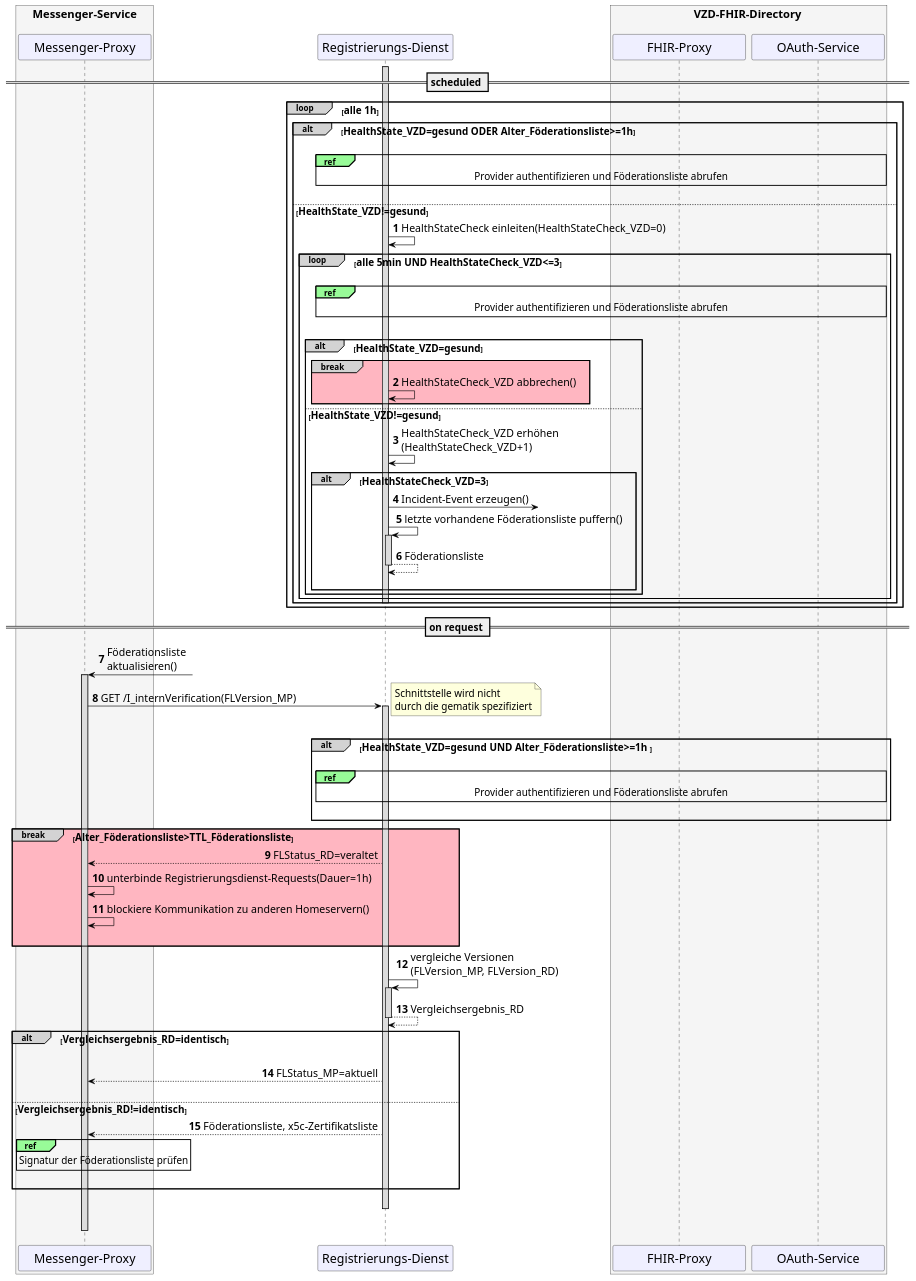
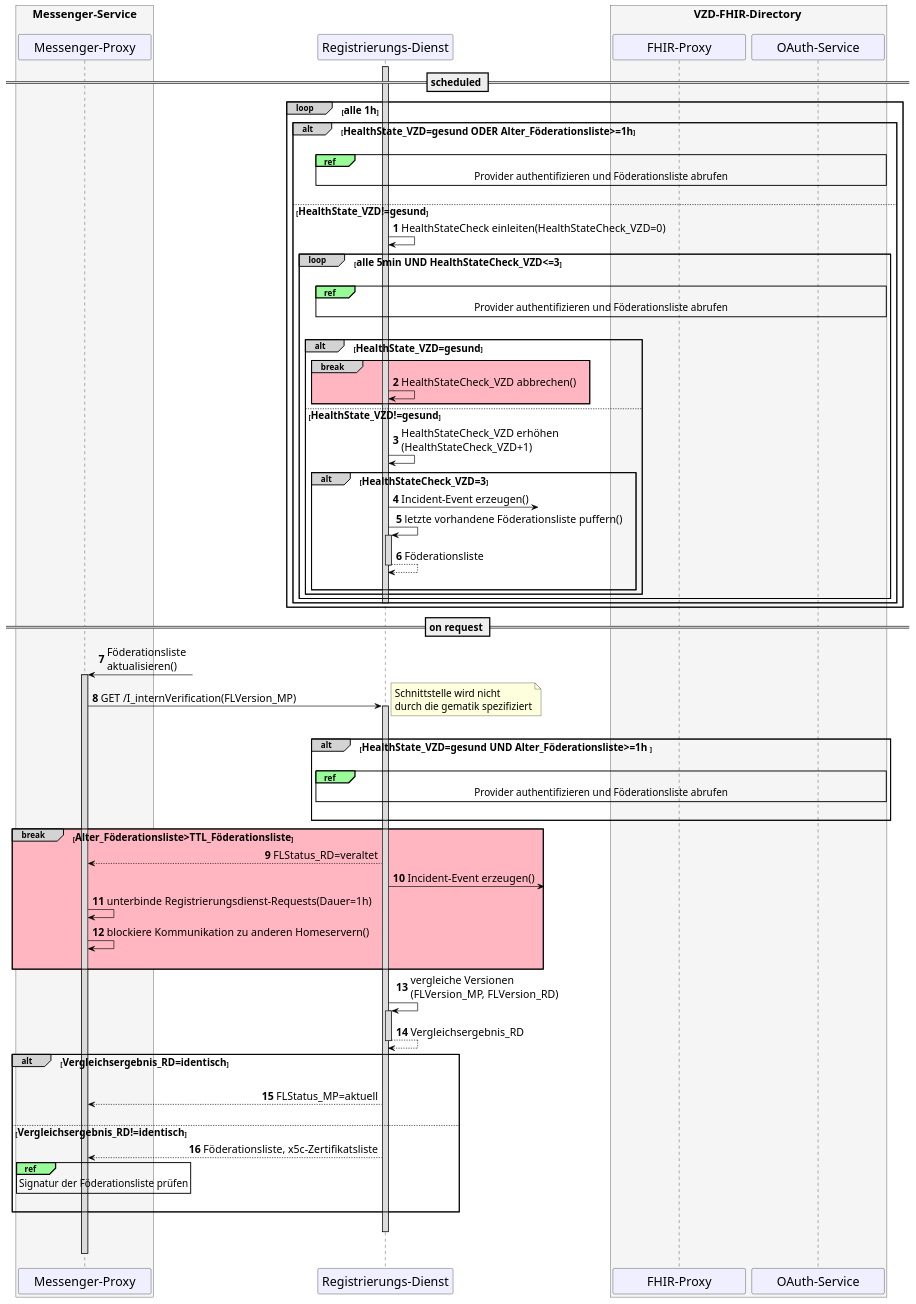
The diagram in src/plantuml/TI-Messenger-Dienst/Ressourcen/UC_Update_Federationlist_Seq.puml (gematik/api-ti-messenger), drawn with PlantUML before and after one commit.

Commit message:
Incident wird nun auch erzeugt, wenn FedList einfach nur veraltet ist, somit muss der RD nicht auf einzelne ResponseCodes reagieren

```diff
--- a/src/plantuml/TI-Messenger-Dienst/Ressourcen/UC_Update_Federationlist_Seq.puml
+++ b/src/plantuml/TI-Messenger-Dienst/Ressourcen/UC_Update_Federationlist_Seq.puml
@@ -9,123 +9,123 @@
 @startuml
 skinparam sequenceMessageAlign direction
 skinparam minClassWidth 200
 skinparam BoxPadding 1
 skinparam sequenceReferenceHeaderBackgroundColor palegreen
 scale max 2048 width
 
 skinparam sequence {
 ArrowColor black
 ArrowFontSize 17
 ActorBorderColor black
 LifeLineBorderColor black
 LifeLineBackgroundColor Gainsboro
 
 ParticipantBorderColor Motivation
 ParticipantBackgroundColor Motivation
 ParticipantFontName Impact
 ParticipantFontSize 20
 ParticipantFontColor black
 ParticipantBorderColor Black
 ParticipantBackgroundColor MOTIVATION
 
 ActorBackgroundColor Gainsboro
 ActorFontColor black
 ActorFontSize 20
 ActorFontName Aapex
 }
 
 autonumber
 
 box <size:18>Messenger-Service\n #WhiteSmoke
 participant MP as "Messenger-Proxy"
 end box
 participant RD as "Registrierungs-Dienst"
 box <size:18>VZD-FHIR-Directory</size> #WhiteSmoke
   participant FP as "FHIR-Proxy"
   participant AS as "OAuth-Service"
 end box
 
 == <size:16>scheduled</size> ==
 
 loop#LightGrey <size:16>alle 1h</size>
   alt#LightGrey <size:16>HealthState_VZD=gesund ODER Alter_Föderationsliste>=1h</size>
   activate RD
   |||
   ref over AS, FP, RD
     <size:16>Provider authentifizieren und Föderationsliste abrufen</size>
   end ref
   |||
 
   else <size:16>HealthState_VZD!=gesund</size>
     RD->RD: HealthStateCheck einleiten(HealthStateCheck_VZD=0)
     loop#LightGrey <size:16>alle 5min UND HealthStateCheck_VZD<=3</size>
       |||
       ref over AS, FP, RD
         <size:16>Provider authentifizieren und Föderationsliste abrufen</size>
       end ref
       |||
       alt#LightGrey <size:16>HealthState_VZD=gesund</size>
         break#LightGrey #LightPink
           RD->RD: HealthStateCheck_VZD abbrechen()
         end
       else <size:16>HealthState_VZD!=gesund</size>
         RD->RD: HealthStateCheck_VZD erhöhen\n(HealthStateCheck_VZD+1)
         alt#LightGrey <size:16>HealthStateCheck_VZD=3</size>
           RD ->?: Incident-Event erzeugen()
           RD->RD++: letzte vorhandene Föderationsliste puffern()
           return Föderationsliste
         |||
         end
       end
     end
     deactivate RD
   end
 end
 
 == <size:16>on request</size> ==
 
 MP <-?: Föderationsliste \naktualisieren()
 activate MP
 MP->RD: GET /I_internVerification(FLVersion_MP)
 note right: <size:16>Schnittstelle wird nicht \n<size:16>durch die gematik spezifiziert</size>
 |||
   Activate RD
 
 alt#LightGrey <size:16>HealthState_VZD=gesund UND Alter_Föderationsliste>=1h </size>
 
   |||
   ref over AS, FP, RD
     <size:16>Provider authentifizieren und Föderationsliste abrufen</size>
   end ref
   |||
 
 end
 
 break#LightGrey #LightPink <size:16>Alter_Föderationsliste>TTL_Föderationsliste</size>
   RD-->MP: FLStatus_RD=veraltet
+  RD ->?: Incident-Event erzeugen()
   MP->MP: unterbinde Registrierungsdienst-Requests(Dauer=1h)
   MP->MP: blockiere Kommunikation zu anderen Homeservern()
   |||
 end
 
-'alt#LightGrey <size:16>Alter_Föderationsliste<1h ODER TTL_Föderationsliste vorhanden</size>
   RD->RD++: vergleiche Versionen\n(FLVersion_MP, FLVersion_RD)
   return Vergleichsergebnis_RD
 
   alt#LightGrey <size:16>Vergleichsergebnis_RD=identisch</size>
     |||
     RD-->MP: FLStatus_MP=aktuell
     |||
 
   else <size:16>Vergleichsergebnis_RD!=identisch</size>
     RD-->MP: Föderationsliste, x5c-Zertifikatsliste
     ref over MP
       <size:16>Signatur der Föderationsliste prüfen</size>
     end ref
     |||
   end
   |||
   Deactivate RD
   MP-[hidden]> MP
   deactivate MP
 @enduml
```
